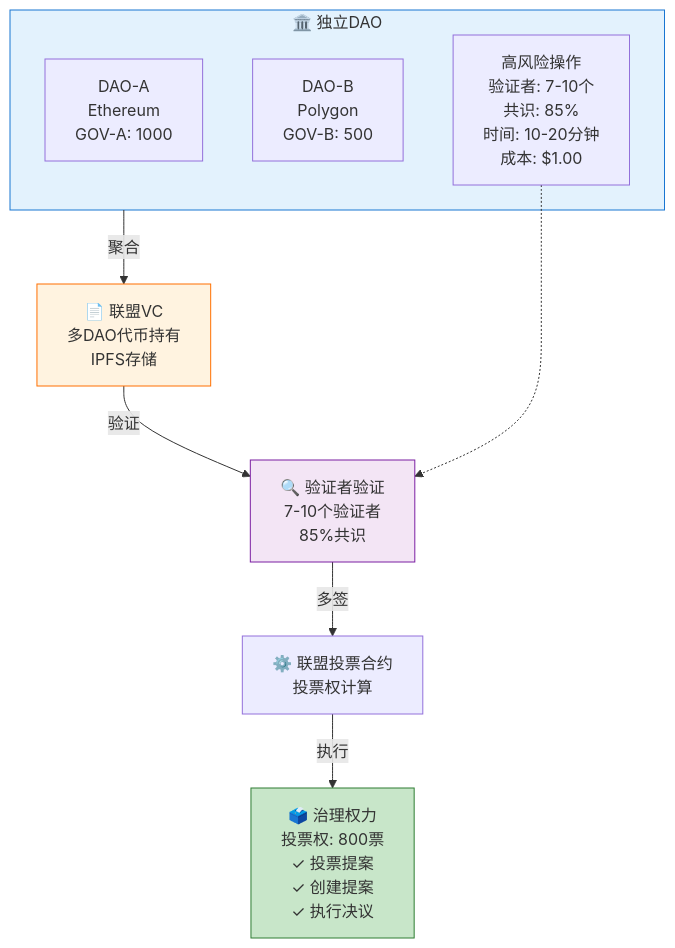
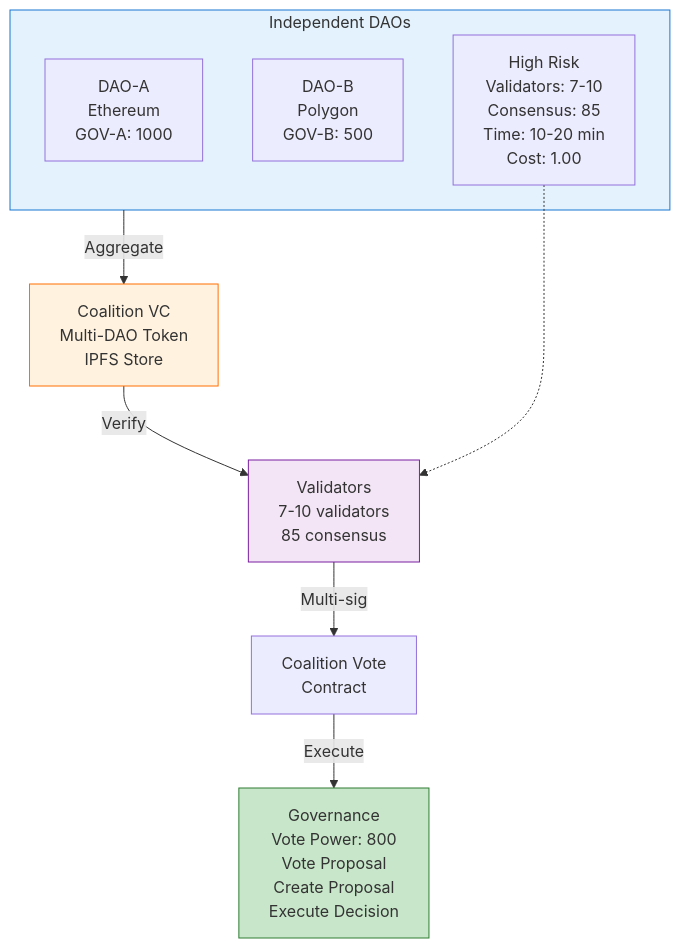
One commit to JCCDex/jcc_document changed the ninth of 17 diagrams in src/jcc_blog/pic.md. Above: the diagram before and after it, drawn with Mermaid. The commit also changed other lines of this file, not shown here.

First line of the commit message:
Fix Mermaid 8.9.2 compatibility issues

````diff
--- a/src/jcc_blog/pic.md
+++ b/src/jcc_blog/pic.md
@@ -327,20 +327,20 @@
 ```mermaid
 graph TB
-    subgraph DAOs["🏛️ 独立DAO"]
+    subgraph DAOs["Independent DAOs"]
         D1["DAO-A<br/>Ethereum<br/>GOV-A: 1000"]
         D2["DAO-B<br/>Polygon<br/>GOV-B: 500"]
         D3["DAO-C<br/>Arbitrum<br/>GOV-C: 200"]
     end
     
-    DAOs -->|聚合| CV["📄 联盟VC<br/>多DAO代币持有<br/>IPFS存储"]
-    CV -->|验证| HVal["🔍 验证者验证<br/>7-10个验证者<br/>85%共识"]
-    HVal -->|多签| GC["⚙️ 联盟投票合约<br/>投票权计算"]
-    GC -->|执行| Gov["🗳️ 治理权力<br/>投票权: 800票<br/>✓ 投票提案<br/>✓ 创建提案<br/>✓ 执行决议"]
+    DAOs -->|Aggregate| CV["Coalition VC<br/>Multi-DAO Token<br/>IPFS Store"]
+    CV -->|Verify| HVal["Validators<br/>7-10 validators<br/>85 consensus"]
+    HVal -->|Multi-sig| GC["Coalition Vote<br/>Contract"]
+    GC -->|Execute| Gov["Governance<br/>Vote Power: 800<br/>Vote Proposal<br/>Create Proposal<br/>Execute Decision"]
     
-    D3["高风险操作<br/>验证者: 7-10个<br/>共识: 85%<br/>时间: 10-20分钟<br/>成本: $1.00"] -.->HVal
+    D3["High Risk<br/>Validators: 7-10<br/>Consensus: 85<br/>Time: 10-20 min<br/>Cost: 1.00"] -.->HVal
     
     style DAOs fill:#e3f2fd,stroke:#1976d2
     style CV fill:#fff3e0,stroke:#ff6f00
     style HVal fill:#f3e5f5,stroke:#7b1fa2
     style Gov fill:#c8e6c9,stroke:#2e7d32
 ```
````
